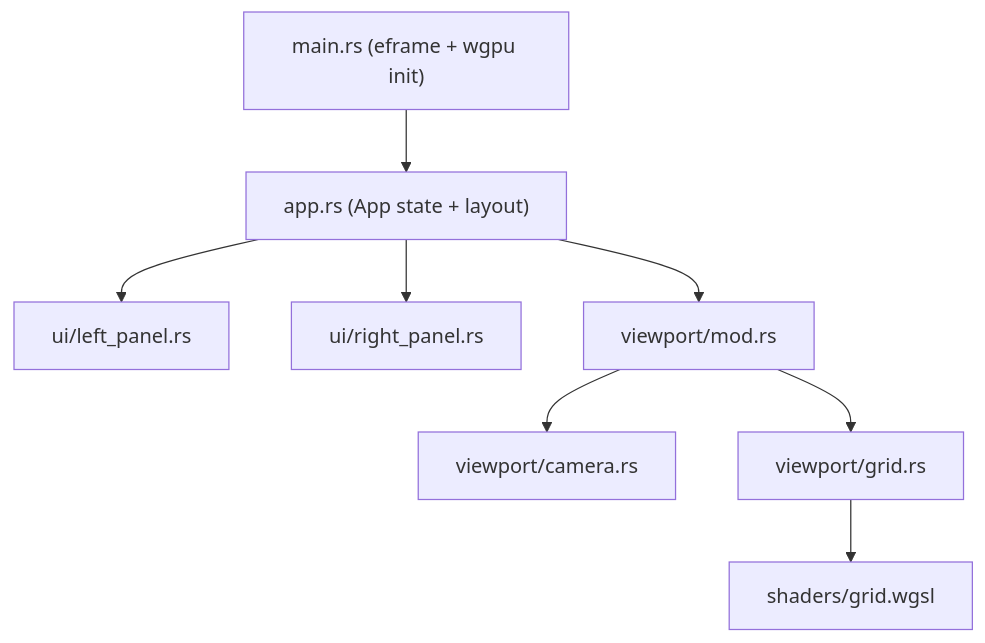
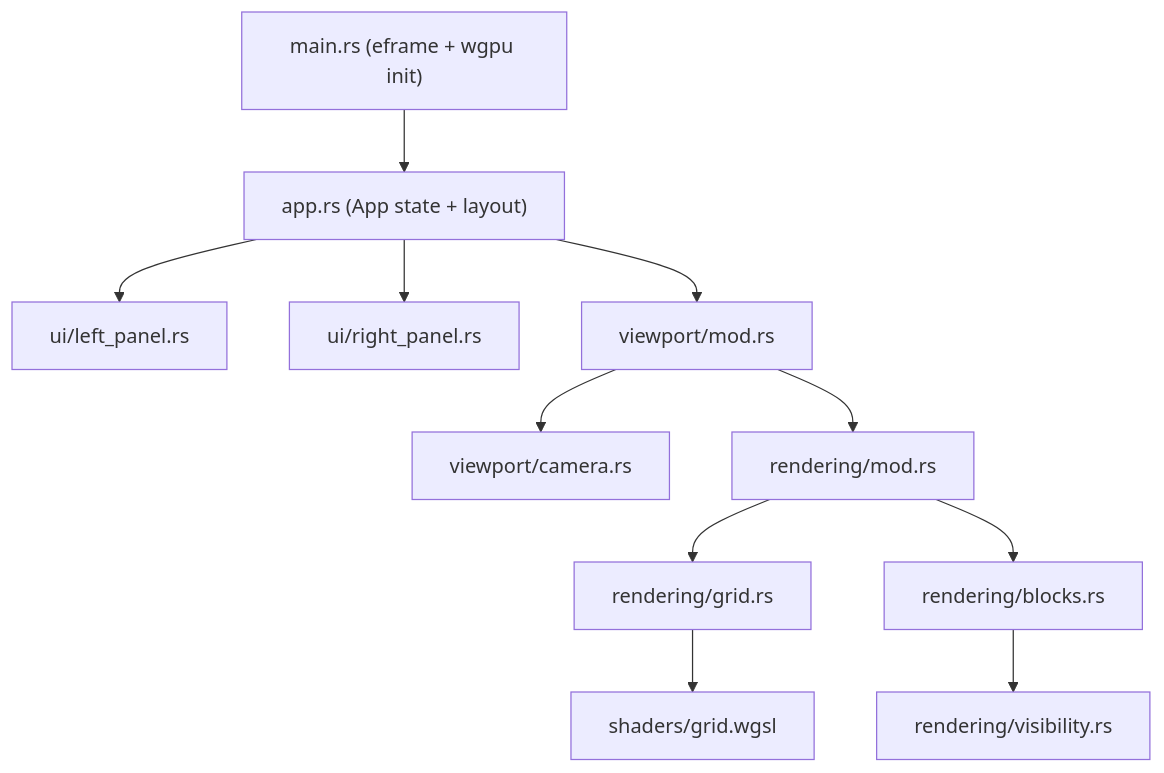
Before and after one commit to Mazchoo/Minecraft-NBT-editor: the second of 2 diagrams in Architecture.md, drawn with Mermaid. The commit also changed other lines of this file and 24 other files, not shown here.

````diff
--- a/Architecture.md
+++ b/Architecture.md
@@ -112,10 +120,13 @@
 ```mermaid
 graph TD
     Main["main.rs (eframe + wgpu init)"] --> App["app.rs (App state + layout)"]
     App --> Left["ui/left_panel.rs"]
     App --> Right["ui/right_panel.rs"]
     App --> VP["viewport/mod.rs"]
     VP --> Cam["viewport/camera.rs"]
-    VP --> Grid["viewport/grid.rs"]
+    VP --> Render["rendering/mod.rs"]
+    Render --> Grid["rendering/grid.rs"]
+    Render --> Blocks["rendering/blocks.rs"]
+    Blocks --> Vis["rendering/visibility.rs"]
     Grid --> Shader["shaders/grid.wgsl"]
 ```
````
